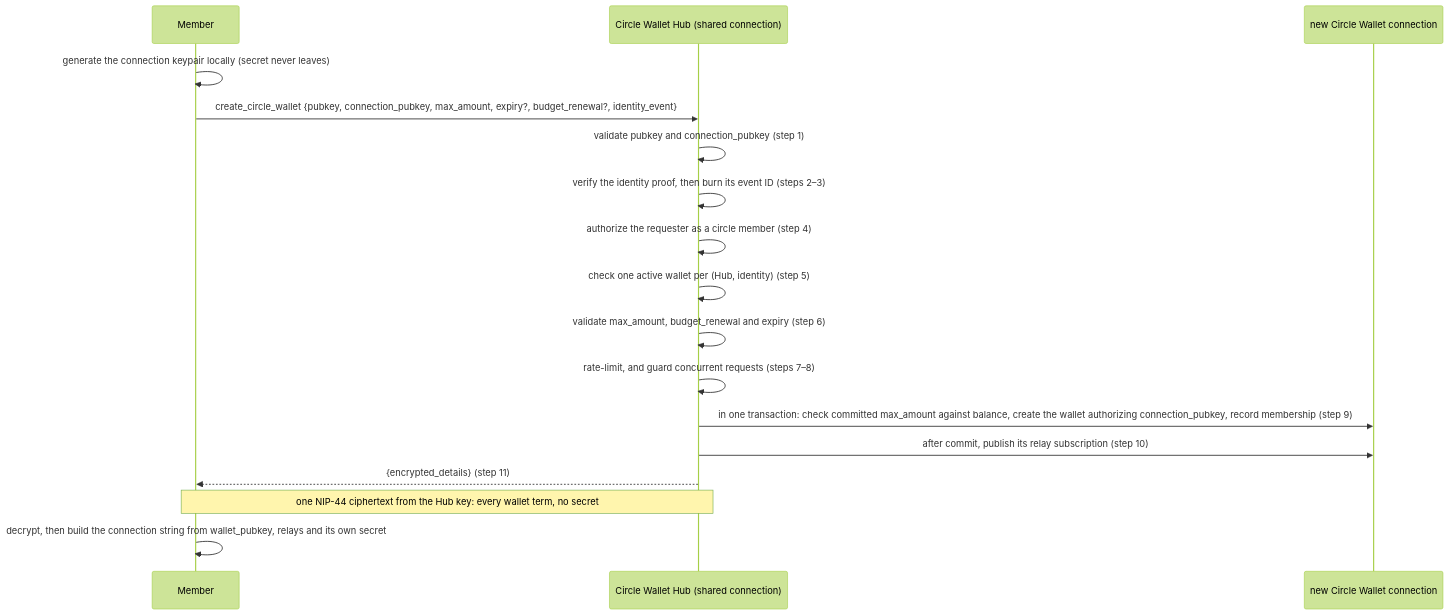
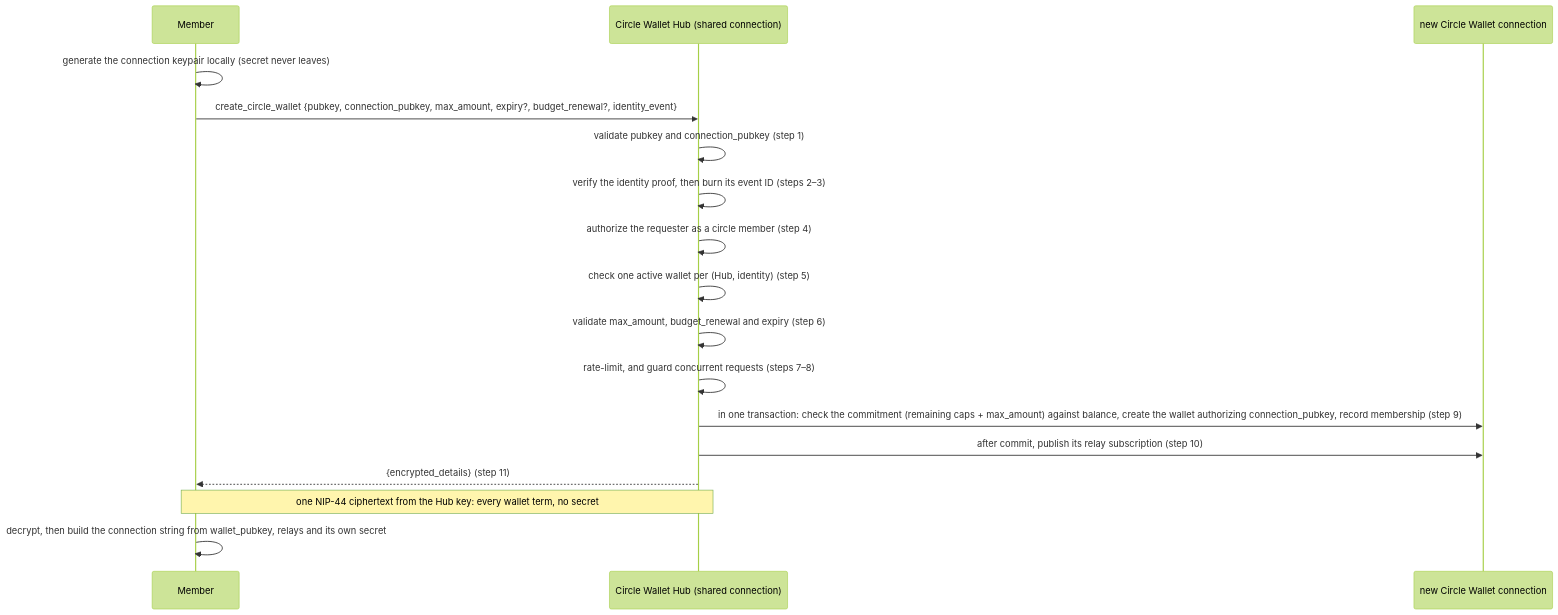
Before and after one commit to ohstr/nips: the first of 2 diagrams in NIP-CW.md, drawn with Mermaid (forest theme). The commit also changed other lines of this file, not shown here.

Commit message:
docs(nip-cw): define amount units, budget periods and the per-period commitment

````diff
--- a/NIP-CW.md
+++ b/NIP-CW.md
@@ -152,20 +157,20 @@
 ```mermaid
 sequenceDiagram
     participant Member
     participant Hub as Circle Wallet Hub (shared connection)
     participant Wallet as new Circle Wallet connection
 
     Member->>Member: generate the connection keypair locally (secret never leaves)
     Member->>Hub: create_circle_wallet {pubkey, connection_pubkey, max_amount, expiry?, budget_renewal?, identity_event}
     Hub->>Hub: validate pubkey and connection_pubkey (step 1)
     Hub->>Hub: verify the identity proof, then burn its event ID (steps 2–3)
     Hub->>Hub: authorize the requester as a circle member (step 4)
     Hub->>Hub: check one active wallet per (Hub, identity) (step 5)
     Hub->>Hub: validate max_amount, budget_renewal and expiry (step 6)
     Hub->>Hub: rate-limit, and guard concurrent requests (steps 7–8)
-    Hub->>Wallet: in one transaction: check committed max_amount against balance, create the wallet authorizing connection_pubkey, record membership (step 9)
+    Hub->>Wallet: in one transaction: check the commitment (remaining caps + max_amount) against balance, create the wallet authorizing connection_pubkey, record membership (step 9)
     Hub->>Wallet: after commit, publish its relay subscription (step 10)
     Hub-->>Member: {encrypted_details} (step 11)
     Note over Hub,Member: one NIP-44 ciphertext from the Hub key: every wallet term, no secret
     Member->>Member: decrypt, then build the connection string from wallet_pubkey, relays and its own secret
 ```
````
